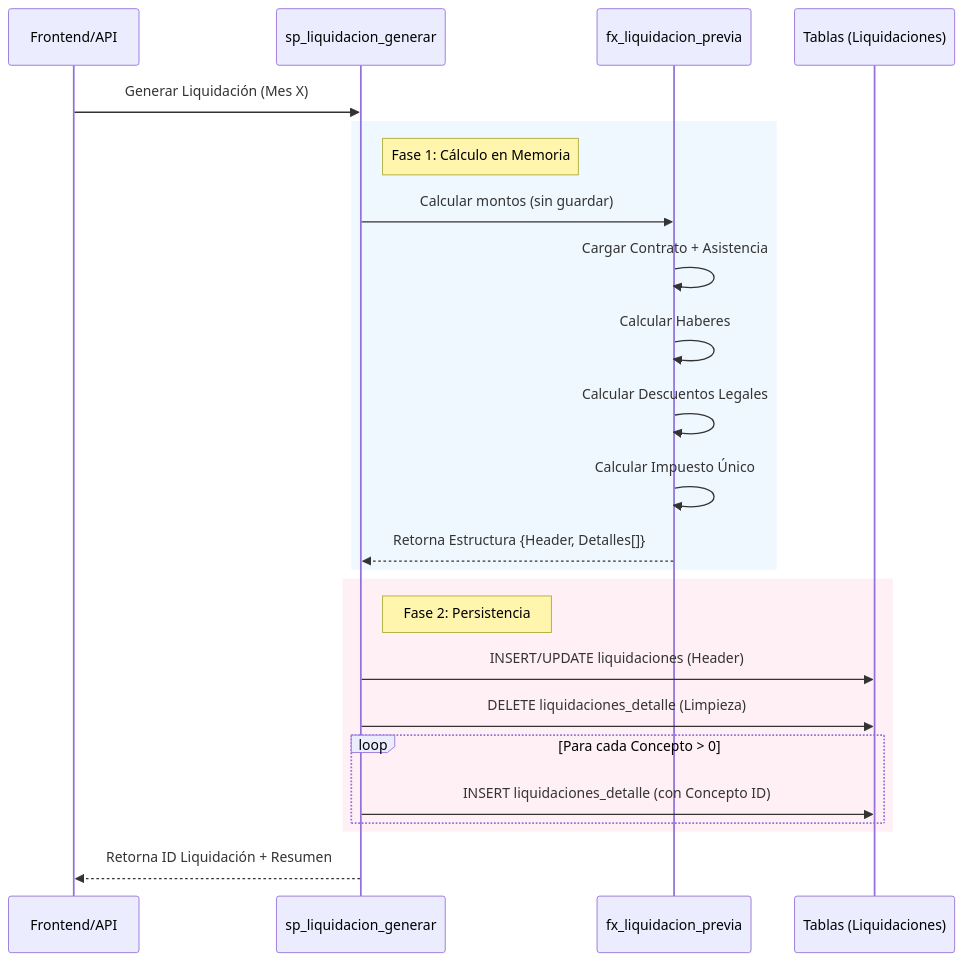
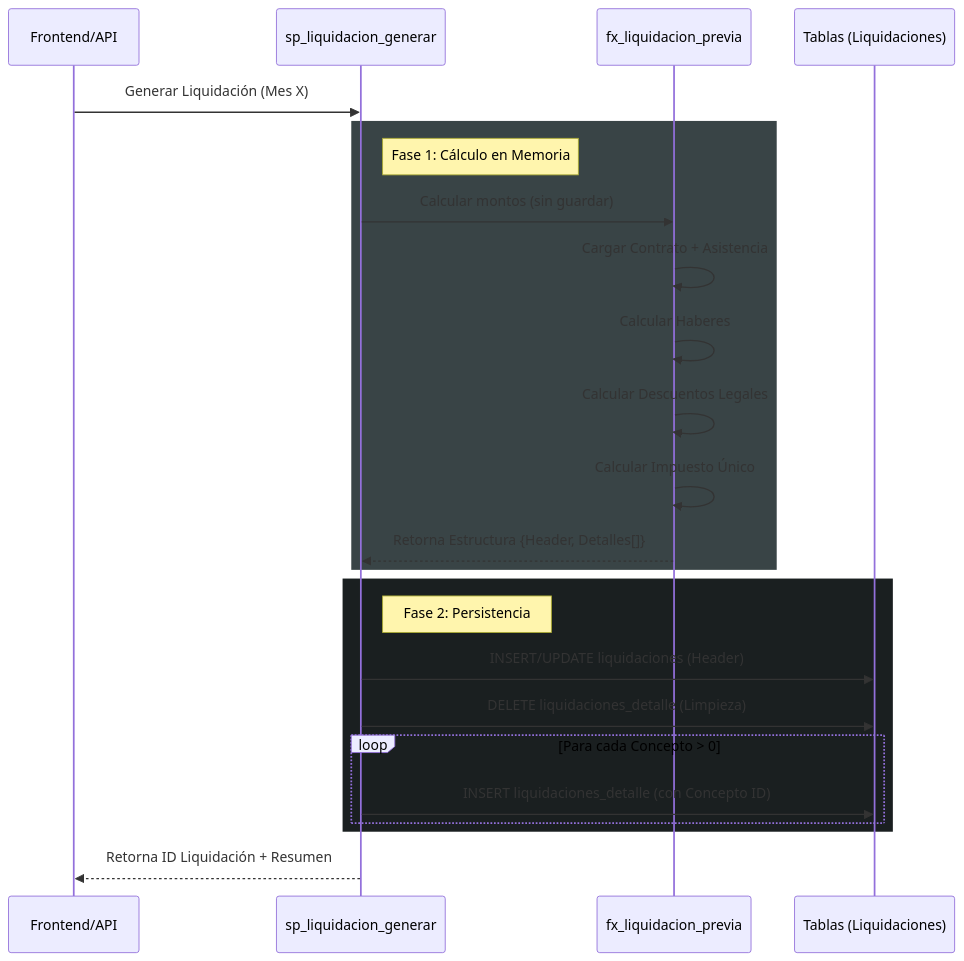
Before and after one commit to ChrisTkm/jean_d_arc: the second of 2 diagrams in src/content/docs/accounting/remuneraciones/diagramas.md, drawn with Mermaid. The commit also changed 5 other files, not shown here.

Commit message:
feat: Introduce payroll documentation with Mermaid diagrams and integrate Starlight Nova theme.

````diff
--- a/src/content/docs/accounting/remuneraciones/diagramas.md
+++ b/src/content/docs/accounting/remuneraciones/diagramas.md
@@ -53,30 +53,30 @@
 ```mermaid
 sequenceDiagram
     participant FE as Frontend/API
     participant SP as sp_liquidacion_generar
     participant FX as fx_liquidacion_previa
     participant DB as Tablas (Liquidaciones)
 
     FE->>SP: Generar Liquidación (Mes X)
     
-    rect rgb(240, 248, 255)
+    rect rgb(57, 68, 70)
     note right of SP: Fase 1: Cálculo en Memoria
     SP->>FX: Calcular montos (sin guardar)
     FX->>FX: Cargar Contrato + Asistencia
     FX->>FX: Calcular Haberes
     FX->>FX: Calcular Descuentos Legales
     FX->>FX: Calcular Impuesto Único
     FX-->>SP: Retorna Estructura {Header, Detalles[]}
     end
 
-    rect rgb(255, 240, 245)
+    rect rgb(26, 31, 32)
     note right of SP: Fase 2: Persistencia
     SP->>DB: INSERT/UPDATE liquidaciones (Header)
     SP->>DB: DELETE liquidaciones_detalle (Limpieza)
     loop Para cada Concepto > 0
         SP->>DB: INSERT liquidaciones_detalle (con Concepto ID)
     end
     end
 
     SP-->>FE: Retorna ID Liquidación + Resumen
 ```
````
